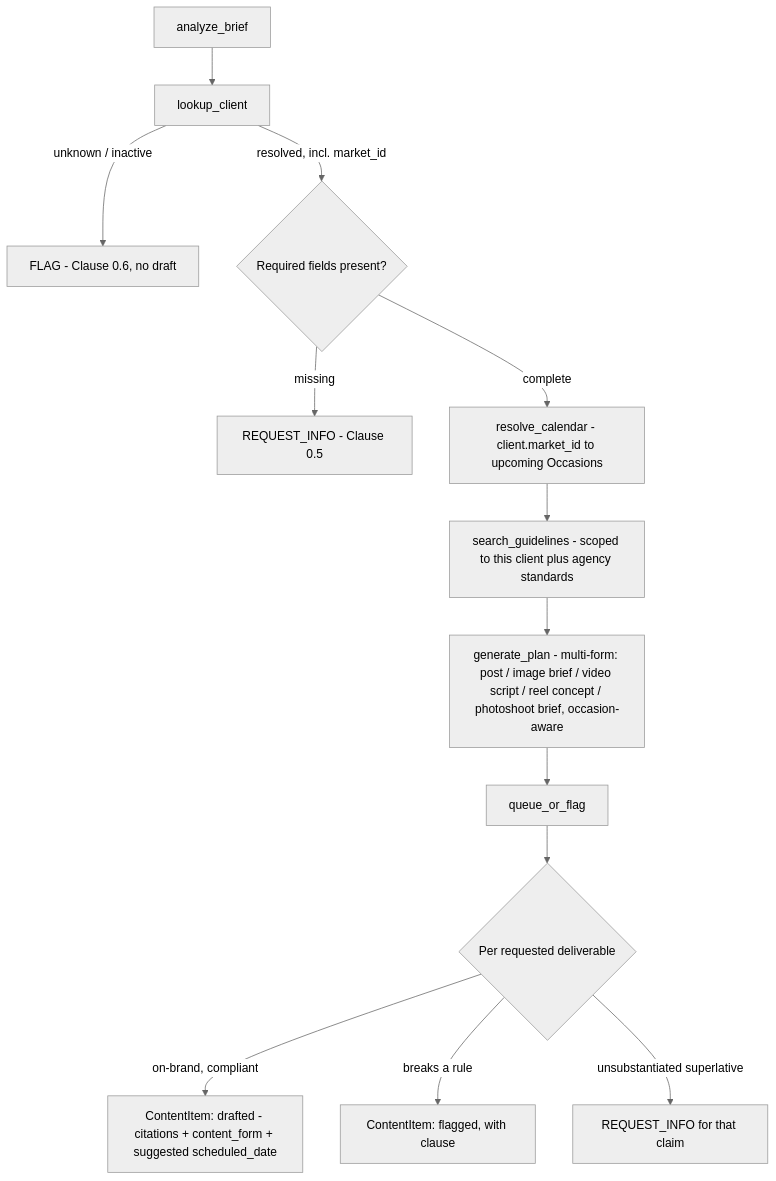
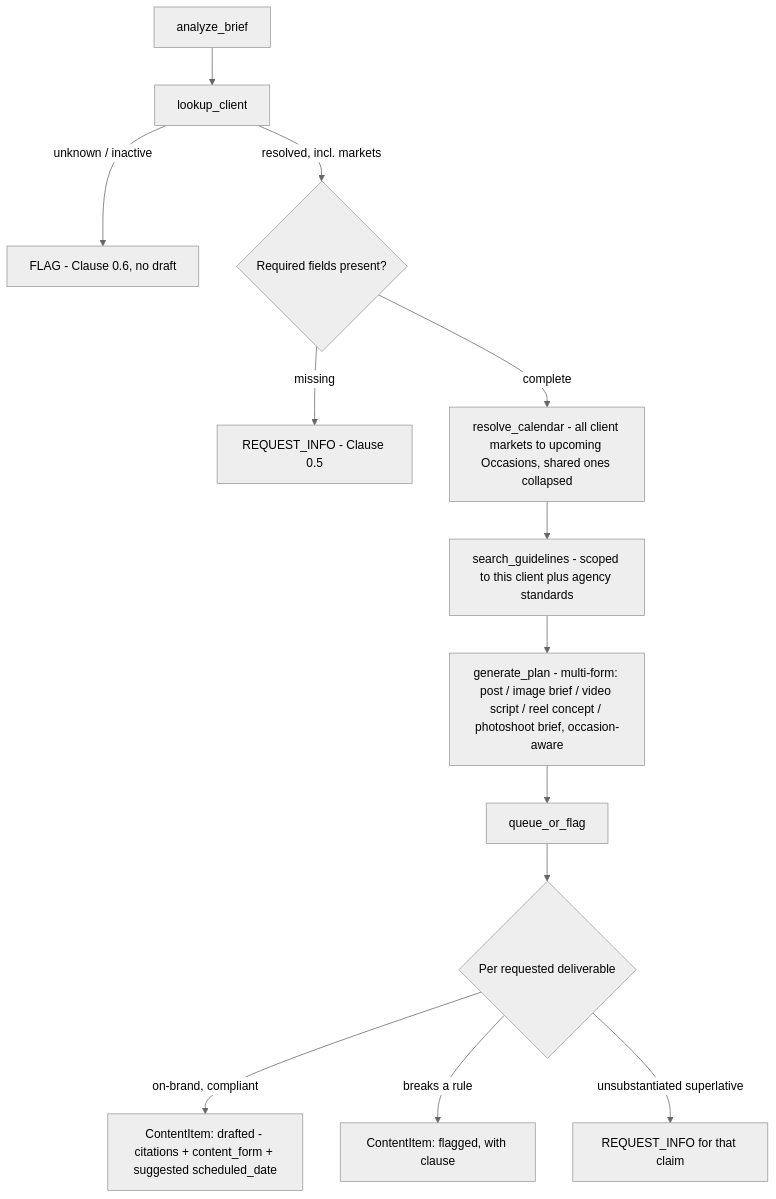
One commit to amrhsn74/SkipDistances changed the second of 6 diagrams in system_architecture.md. Above: the diagram before and after it, drawn with Mermaid (neutral theme). The commit also changed other lines of this file and 3 other files, not shown here.

````diff
--- a/system_architecture.md
+++ b/system_architecture.md
@@ -90,15 +90,15 @@
 ```mermaid
 flowchart TD
     A[analyze_brief] --> B[lookup_client]
     B -->|unknown / inactive| F1["FLAG - Clause 0.6, no draft"]
-    B -->|resolved, incl. market_id| C{Required fields present?}
+    B -->|resolved, incl. markets| C{Required fields present?}
     C -->|missing| RI["REQUEST_INFO - Clause 0.5"]
-    C -->|complete| D["resolve_calendar - client.market_id to upcoming Occasions"]
+    C -->|complete| D["resolve_calendar - all client markets to upcoming Occasions, shared ones collapsed"]
     D --> E[search_guidelines - scoped to this client plus agency standards]
     E --> G["generate_plan - multi-form: post / image brief / video script / reel concept / photoshoot brief, occasion-aware"]
     G --> H[queue_or_flag]
     H --> I{Per requested deliverable}
     I -->|on-brand, compliant| J["ContentItem: drafted - citations + content_form + suggested scheduled_date"]
     I -->|breaks a rule| K[ContentItem: flagged, with clause]
     I -->|unsubstantiated superlative| L[REQUEST_INFO for that claim]
 ```
````
